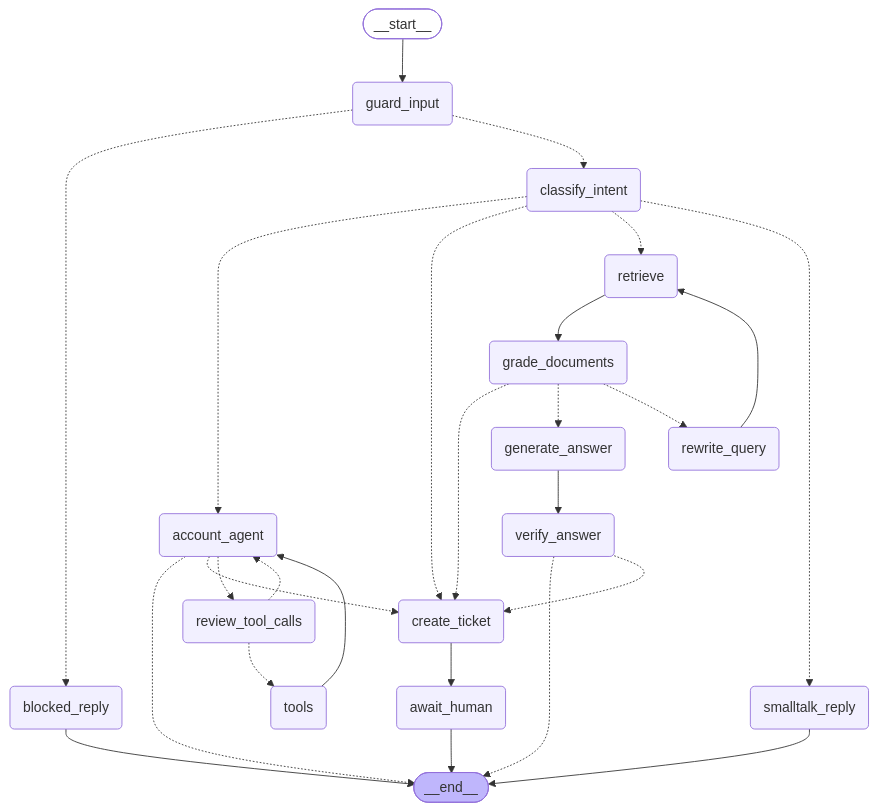
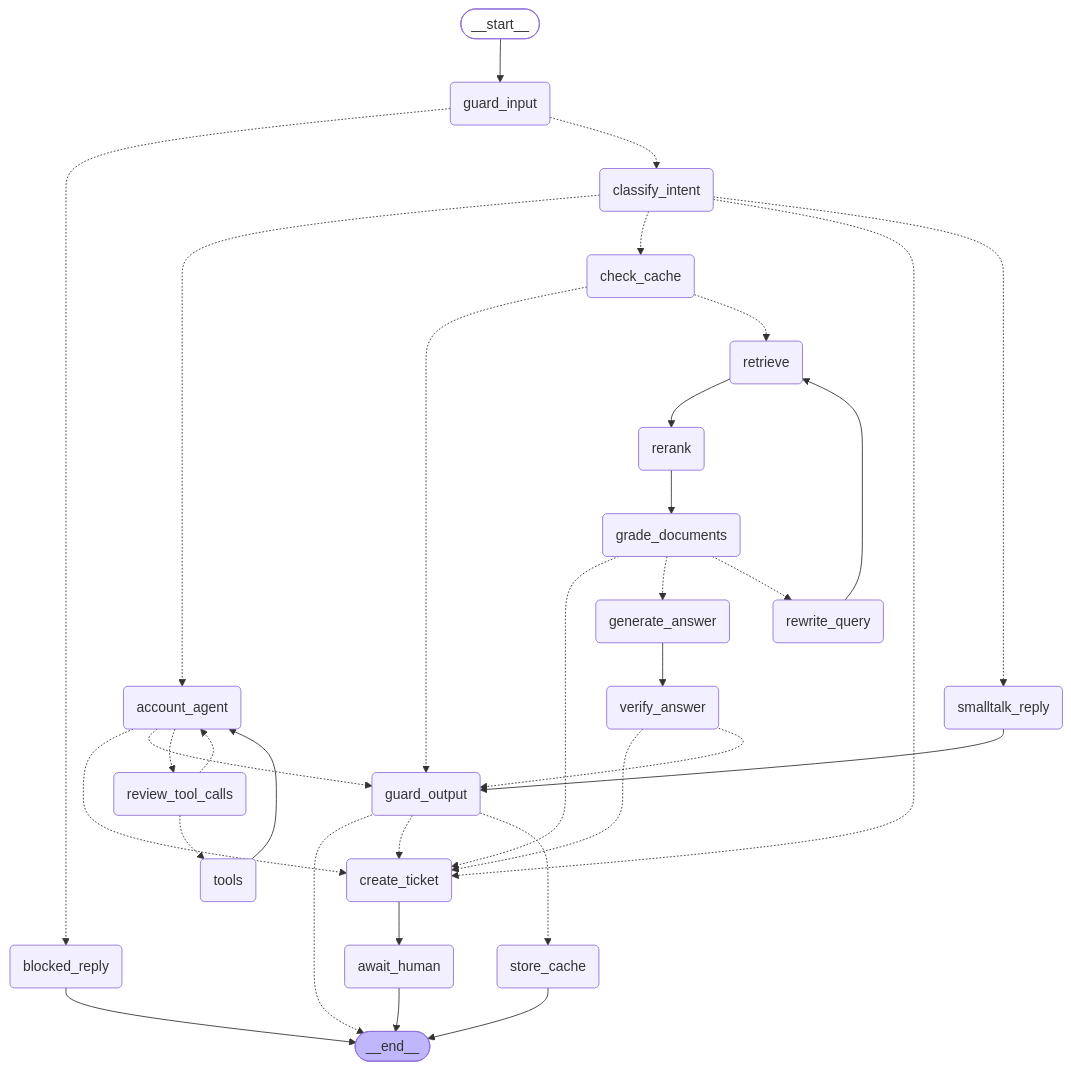
Before and after one commit to Arvind-gadde/customer-support-automation: the diagram in docs/architecture.md, drawn with Mermaid. The commit also changed other lines of this file and 52 other files, not shown here.

Commit message:
Switch to OpenAI API; add semantic cache, reranking, moderation, output guard, cost tracking, feedback, AGENTS.md

````diff
--- a/docs/architecture.md
+++ b/docs/architecture.md
@@ -7,47 +7,58 @@
 ```mermaid
 graph TD;
 	__start__([<p>__start__</p>]):::first
 	guard_input(guard_input)
 	blocked_reply(blocked_reply)
 	classify_intent(classify_intent)
+	guard_output(guard_output)
+	check_cache(check_cache)
+	store_cache(store_cache)
 	retrieve(retrieve)
+	rerank(rerank)
 	grade_documents(grade_documents)
 	rewrite_query(rewrite_query)
 	generate_answer(generate_answer)
 	verify_answer(verify_answer)
 	smalltalk_reply(smalltalk_reply)
 	account_agent(account_agent)
 	review_tool_calls(review_tool_calls)
 	tools(tools)
 	create_ticket(create_ticket)
 	await_human(await_human)
 	__end__([<p>__end__</p>]):::last
 	__start__ --> guard_input;
-	account_agent -.-> __end__;
 	account_agent -.-> create_ticket;
+	account_agent -.-> guard_output;
 	account_agent -.-> review_tool_calls;
+	check_cache -.-> guard_output;
+	check_cache -.-> retrieve;
 	classify_intent -.-> account_agent;
+	classify_intent -.-> check_cache;
 	classify_intent -.-> create_ticket;
-	classify_intent -.-> retrieve;
 	classify_intent -.-> smalltalk_reply;
 	create_ticket --> await_human;
 	generate_answer --> verify_answer;
 	grade_documents -.-> create_ticket;
 	grade_documents -.-> generate_answer;
 	grade_documents -.-> rewrite_query;
 	guard_input -.-> blocked_reply;
 	guard_input -.-> classify_intent;
-	retrieve --> grade_documents;
+	guard_output -.-> __end__;
+	guard_output -.-> create_ticket;
+	guard_output -.-> store_cache;
+	rerank --> grade_documents;
+	retrieve --> rerank;
 	review_tool_calls -.-> account_agent;
 	review_tool_calls -.-> tools;
 	rewrite_query --> retrieve;
+	smalltalk_reply --> guard_output;
 	tools --> account_agent;
-	verify_answer -.-> __end__;
 	verify_answer -.-> create_ticket;
+	verify_answer -.-> guard_output;
 	await_human --> __end__;
 	blocked_reply --> __end__;
-	smalltalk_reply --> __end__;
+	store_cache --> __end__;
 	classDef default fill:#f2f0ff,line-height:1.2
 	classDef first fill-opacity:0
 	classDef last fill:#bfb6fc
 ```
````
